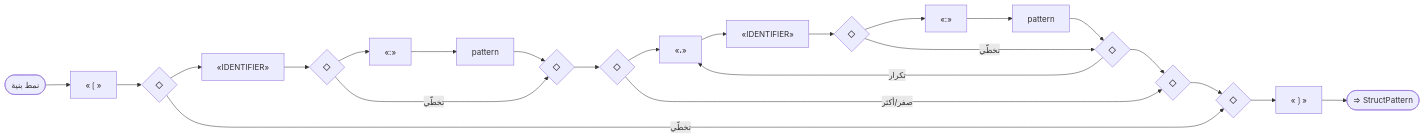
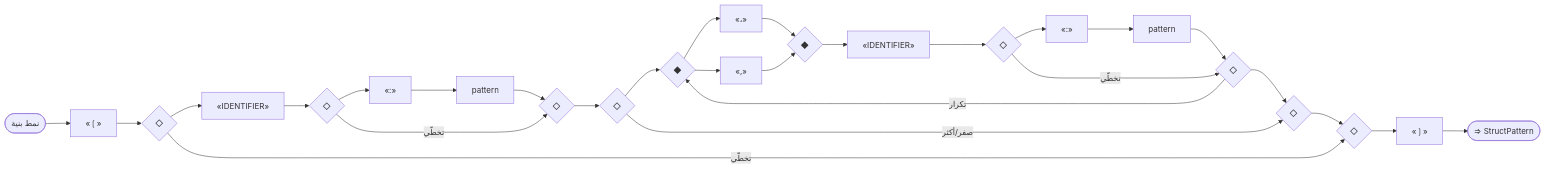
Before and after one commit to sadlang/sadlang: the ninth of 13 diagrams in docs/parser_rule/_generated/50_patterns.md, drawn with Mermaid. The commit also changed other lines of this file and 103 other files, not shown here.

````diff
--- a/docs/parser_rule/_generated/50_patterns.md
+++ b/docs/parser_rule/_generated/50_patterns.md
@@ -409,45 +437,52 @@
 ```mermaid
 flowchart LR
   n1(["نمط بنية"])
   n2["«❲»"]
   n3{"◇"}
   n4{"◇"}
   n5["«IDENTIFIER»"]
   n6{"◇"}
   n7{"◇"}
   n8["«:»"]
   n9["pattern"]
   n8 --> n9
   n6 --> n8
   n9 --> n7
   n6 -- "تخطّي" --> n7
   n5 --> n6
   n10{"◇"}
   n11{"◇"}
-  n12["«،»"]
-  n13["«IDENTIFIER»"]
-  n12 --> n13
-  n14{"◇"}
-  n15{"◇"}
-  n16["«:»"]
-  n17["pattern"]
+  n12{"◆"}
+  n13{"◆"}
+  n14["«،»"]
+  n12 --> n14
+  n14 --> n13
+  n15["«,»"]
+  n12 --> n15
+  n15 --> n13
+  n16["«IDENTIFIER»"]
+  n13 --> n16
+  n17{"◇"}
+  n18{"◇"}
+  n19["«:»"]
+  n20["pattern"]
+  n19 --> n20
+  n17 --> n19
+  n20 --> n18
+  n17 -- "تخطّي" --> n18
   n16 --> n17
-  n14 --> n16
-  n17 --> n15
-  n14 -- "تخطّي" --> n15
-  n13 --> n14
   n10 --> n12
-  n15 --> n11
-  n15 -- "تكرار" --> n12
+  n18 --> n11
+  n18 -- "تكرار" --> n12
   n10 -- "صفر/أكثر" --> n11
   n7 --> n10
   n3 --> n5
   n11 --> n4
   n3 -- "تخطّي" --> n4
   n2 --> n3
-  n18["«❳»"]
-  n4 --> n18
+  n21["«❳»"]
+  n4 --> n21
   n1 --> n2
-  n19(["⇒ StructPattern"])
-  n18 --> n19
+  n22(["⇒ StructPattern"])
+  n21 --> n22
 ```
````
